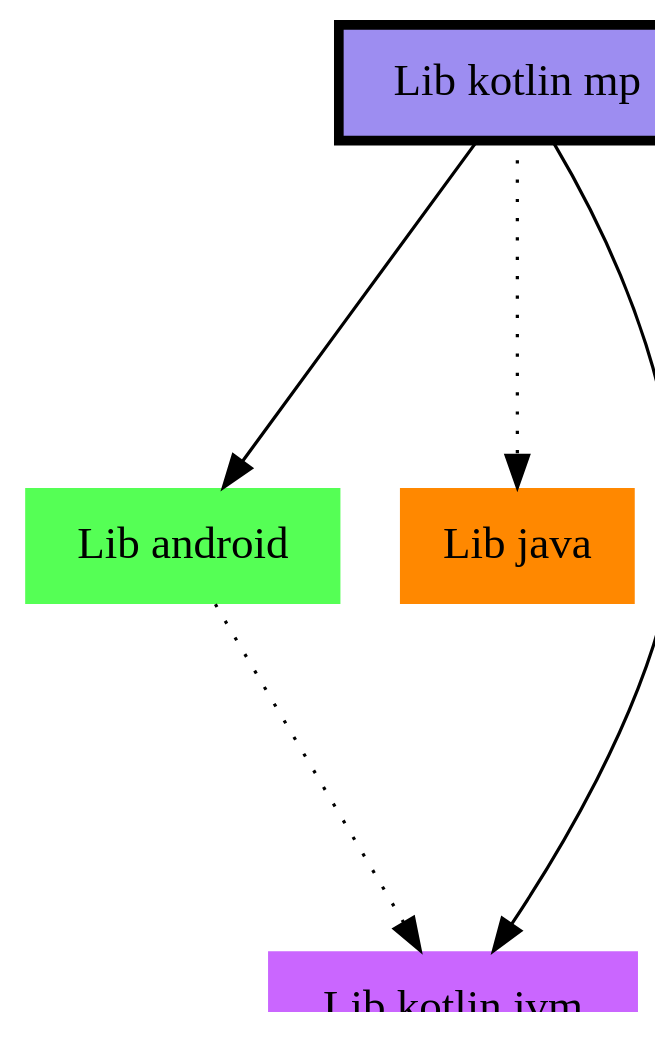
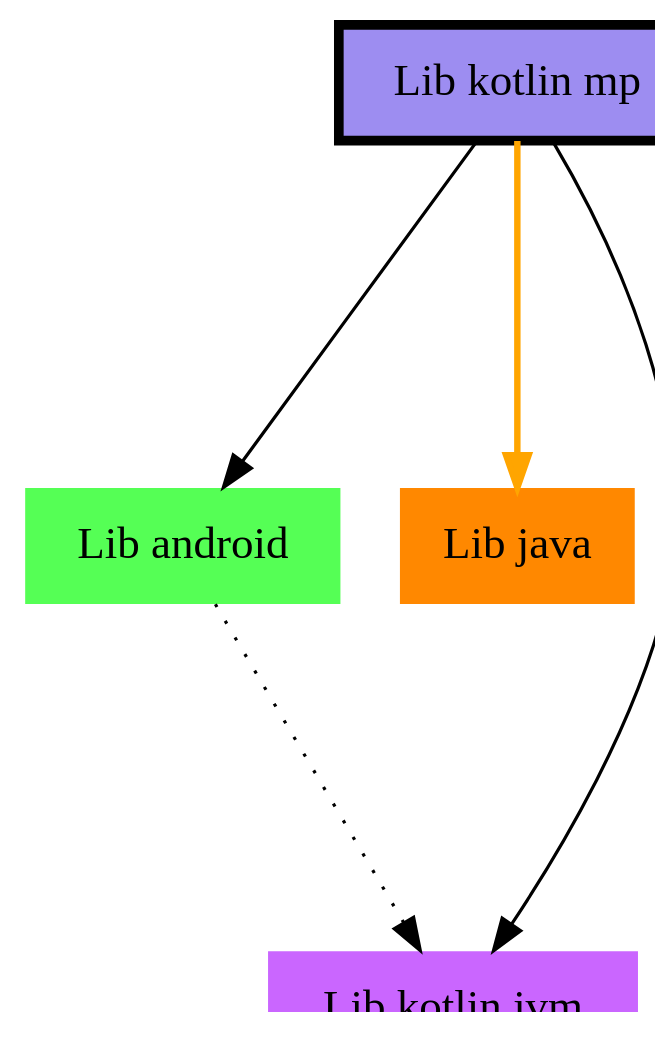
Before and after one commit to jonapoul/atlas: the diagram in sample/sample-lib-kotlin-mp/modules/modules.dot, drawn with Graphviz. The commit also changed 33 other files, not shown here.

```diff
--- a/sample/sample-lib-kotlin-mp/modules/modules.dot
+++ b/sample/sample-lib-kotlin-mp/modules/modules.dot
@@ -1,13 +1,13 @@
 digraph {
   edge ["arrowhead"="normal","arrowtail"="none"]
   graph ["dpi"="100","fontsize"="30","ranksep"="1.5","rankdir"="TB"]
   node ["style"="filled"]
   "Lib android" ["fillcolor"="#55FF55","shape"="none"]
   "Lib java" ["fillcolor"="#FF8800","shape"="none"]
   "Lib kotlin jvm" ["fillcolor"="#CA66FF","shape"="none"]
   "Lib kotlin mp" ["fillcolor"="#9D8DF1","color"="black","penwidth"="3","shape"="box"]
   "Lib android" -> "Lib kotlin jvm" ["style"="dotted"]
-  "Lib kotlin mp" -> "Lib android"
-  "Lib kotlin mp" -> "Lib java" ["style"="dotted"]
-  "Lib kotlin mp" -> "Lib kotlin jvm"
+  "Lib kotlin mp" -> "Lib android" ["style"="solid"]
+  "Lib kotlin mp" -> "Lib java" ["style"="bold","color"="orange"]
+  "Lib kotlin mp" -> "Lib kotlin jvm" ["style"="solid"]
 }
```
